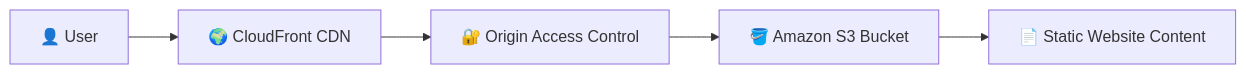
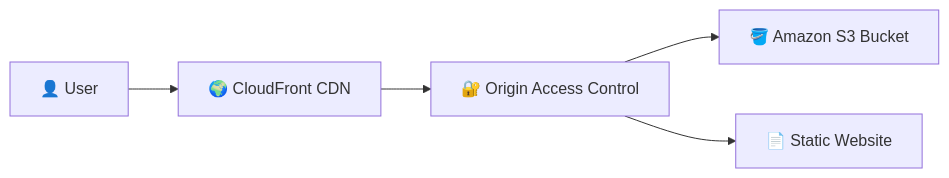
One commit to cloudprohim/aws-s3-cloudfront-static-site changed the first of 2 diagrams in README.md. Above: the diagram before and after it, drawn with Mermaid. The commit also changed other lines of this file, not shown here.

Commit message:
Complete portfolio presentation with diagrams screenshots and documentation

````diff
--- a/README.md
+++ b/README.md
@@ -36,13 +48,13 @@
 ```mermaid
 flowchart LR
     U[👤 User]
     CF[🌍 CloudFront CDN]
     OAC[🔐 Origin Access Control]
     S3[🪣 Amazon S3 Bucket]
-    WEB[📄 Static Website Content]
+    WEB[📄 Static Website]
 
     U --> CF
     CF --> OAC
     OAC --> S3
-    S3 --> WEB
+    OAC --> WEB
 ```
````
